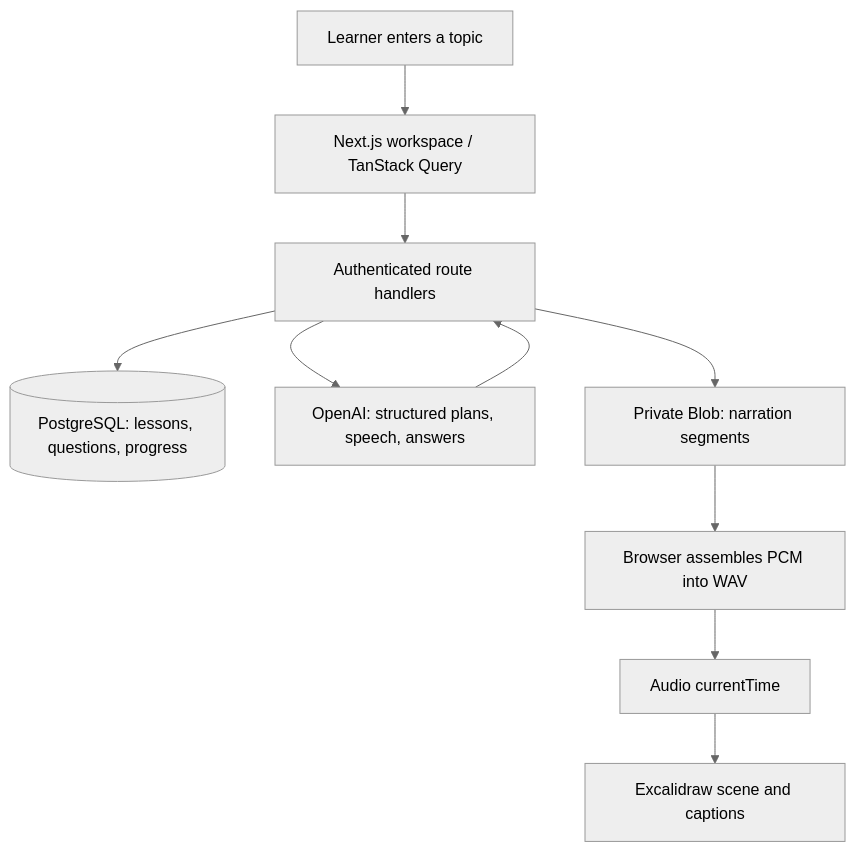
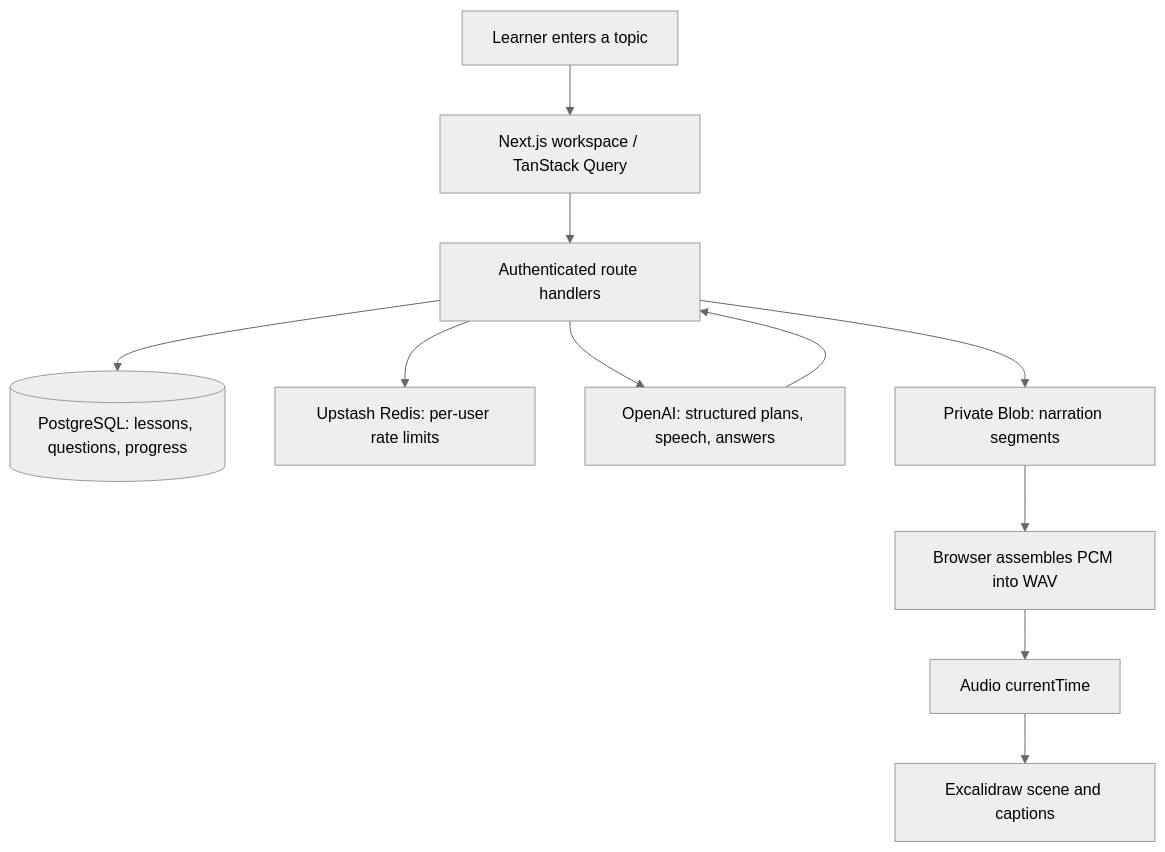
Before and after one commit to nitishmahawar/chalk: the diagram in README.md, drawn with Mermaid (neutral theme). The commit also changed other lines of this file and 9 other files, not shown here.

First line of the commit message:
feat: implement shared per-user rate limits using Upstash Redis

````diff
--- a/README.md
+++ b/README.md
@@ -38,12 +40,13 @@
 ```mermaid
 flowchart TD
     Learner[Learner enters a topic] --> Client[Next.js workspace / TanStack Query]
     Client --> API[Authenticated route handlers]
     API --> DB[(PostgreSQL: lessons, questions, progress)]
+    API --> Limits[Upstash Redis: per-user rate limits]
     API --> AI[OpenAI: structured plans, speech, answers]
     AI --> API
     API --> Blob[Private Blob: narration segments]
     Blob --> Player[Browser assembles PCM into WAV]
     Player --> Clock[Audio currentTime]
     Clock --> Board[Excalidraw scene and captions]
 ```
````
